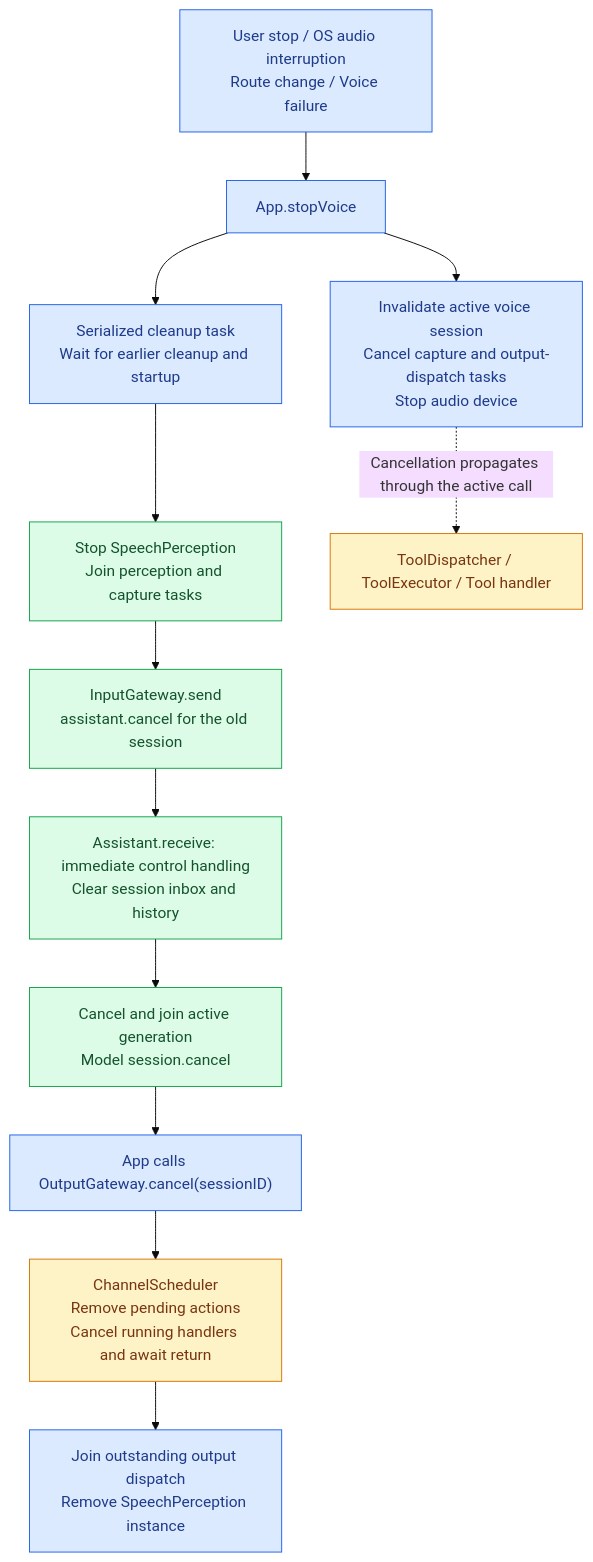
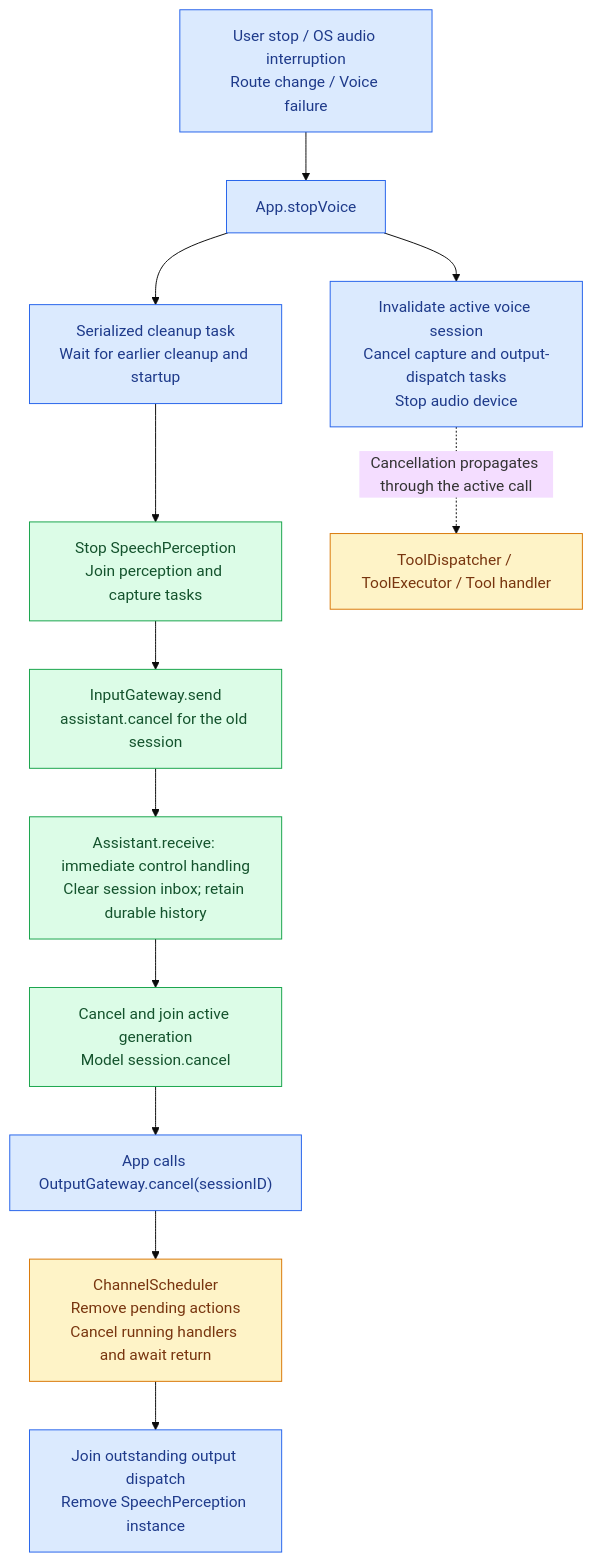
One commit to devilyouwei/MobileHarness changed the third of 3 diagrams in MobileHarness/App/README.md. Above: the diagram before and after it, drawn with Mermaid (base theme). The commit also changed other lines of this file and 97 other files, not shown here.

````diff
--- a/MobileHarness/App/README.md
+++ b/MobileHarness/App/README.md
@@ -85,20 +85,20 @@
 ```mermaid
 flowchart TD
     Trigger["User stop / OS audio interruption<br/>Route change / Voice failure"] --> Stop["App.stopVoice"]
     Stop --> Immediate["Invalidate active voice session<br/>Cancel capture and output-dispatch tasks<br/>Stop audio device"]
     Stop --> Cleanup["Serialized cleanup task<br/>Wait for earlier cleanup and startup"]
     Cleanup --> Perception["Stop SpeechPerception<br/>Join perception and capture tasks"]
     Perception --> Send["InputGateway.send<br/>assistant.cancel for the old session"]
-    Send --> Receive["Assistant.receive: immediate control handling<br/>Clear session inbox and history"]
+    Send --> Receive["Assistant.receive: immediate control handling<br/>Clear session inbox; retain durable history"]
     Receive --> Generation["Cancel and join active generation<br/>Model session.cancel"]
     Generation --> Actions["App calls OutputGateway.cancel(sessionID)"]
     Actions --> Scheduler["ChannelScheduler<br/>Remove pending actions<br/>Cancel running handlers and await return"]
     Scheduler --> Finish["Join outstanding output dispatch<br/>Remove SpeechPerception instance"]
     Immediate -.->|"Cancellation propagates through the active call"| Tool["ToolDispatcher / ToolExecutor / Tool handler"]
     classDef app fill:#DBEAFE,stroke:#2563EB,color:#1E3A8A
     classDef agent fill:#DCFCE7,stroke:#16A34A,color:#14532D
     classDef execution fill:#FEF3C7,stroke:#D97706,color:#78350F
     class Trigger,Stop,Immediate,Cleanup,Actions,Finish app
     class Perception,Send,Receive,Generation agent
     class Scheduler,Tool execution
 ```
````
